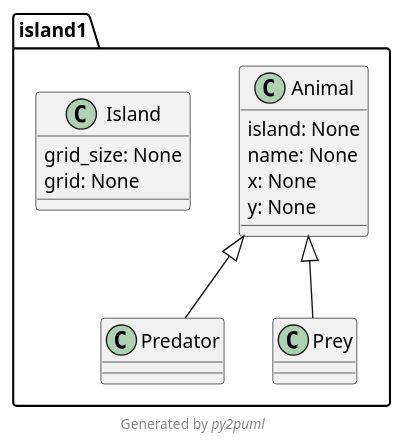
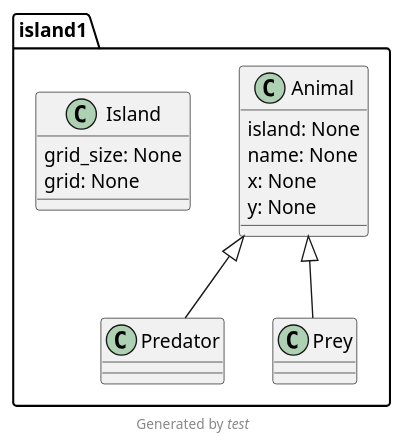
The diagram in module-lab/example7/island1.puml (dr-zool/tcu-programming), drawn with PlantUML before and after one commit.

Commit message:
example 7- updated

```diff
--- a/module-lab/example7/island1.puml
+++ b/module-lab/example7/island1.puml
@@ -1,21 +1,21 @@
 @startuml island1
 !pragma useIntermediatePackages false
 
 class island1.Animal {
   island: None
   name: None
   x: None
   y: None
 }
 class island1.Island {
   grid_size: None
   grid: None
 }
 class island1.Predator {
 }
 class island1.Prey {
 }
 island1.Animal <|-- island1.Predator
 island1.Animal <|-- island1.Prey
-footer Generated by //py2puml//
+footer Generated by //test//
 @enduml
```
